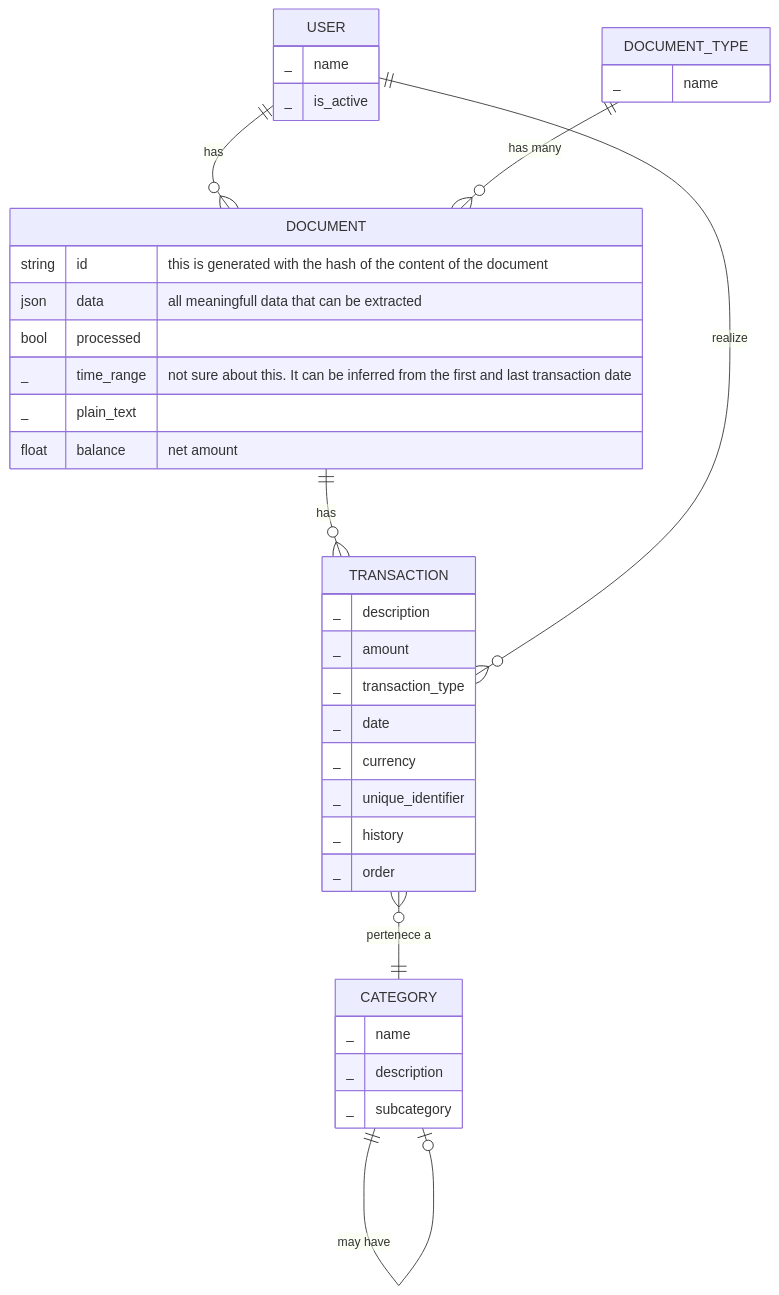
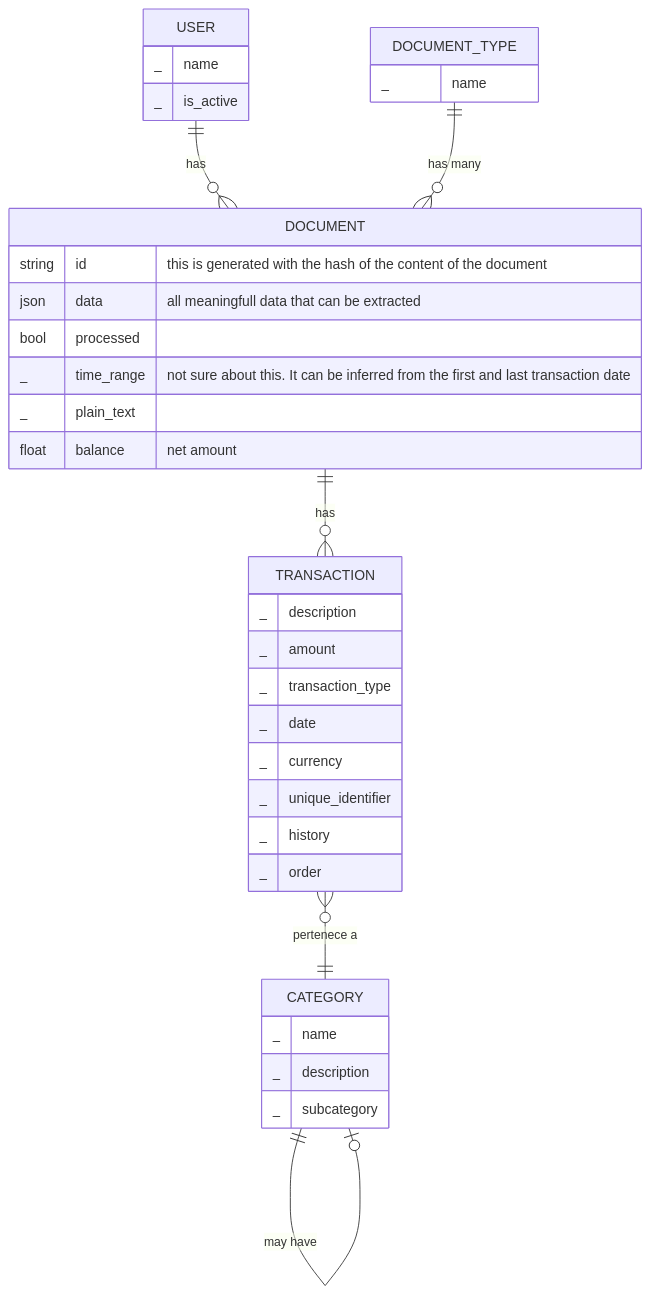
One commit to josueelias9/improving-BCP-organizate changed the diagram in new-service/app/README.md. Above: the diagram before and after it, drawn with Mermaid. The commit also changed 9 other files, not shown here.

````diff
--- a/new-service/app/README.md
+++ b/new-service/app/README.md
@@ -16,46 +16,45 @@
 ```mermaid
 erDiagram
     USER {
         _ name
         _ is_active
     }
 
     TRANSACTION {
         _ description
         _ amount
         _ transaction_type
         _ date
         _ currency
         _ unique_identifier 
         _ history
         _ order
     }
 
     CATEGORY {
         _ name
         _ description
         _ subcategory
     }
 
     DOCUMENT_TYPE {
         _ name
     }
 
 
     DOCUMENT {
         string id "this is generated with the hash of the content of the document"
         json data "all meaningfull data that can be extracted"
         bool processed
         _ time_range "not sure about this. It can be inferred from the first and last transaction date"
         _ plain_text
         float balance "net amount"
     }
 
     %% Relaciones
     USER ||--o{ DOCUMENT : "has"
     DOCUMENT ||--o{ TRANSACTION : "has"
-    USER ||--o{ TRANSACTION : "realize"
     TRANSACTION }o--|| CATEGORY : "pertenece a"
     CATEGORY ||--o| CATEGORY : "may have"
     DOCUMENT_TYPE ||--o{ DOCUMENT : "has many"
 ```
````
